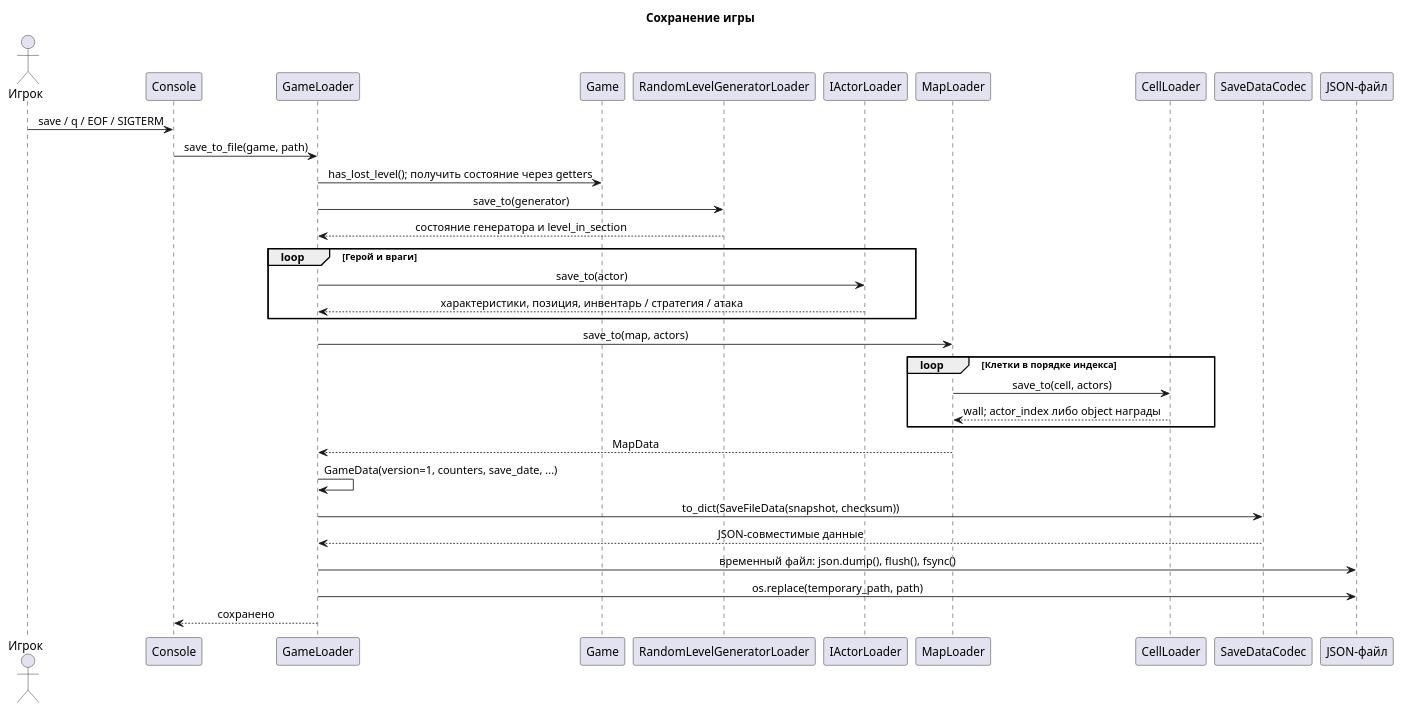
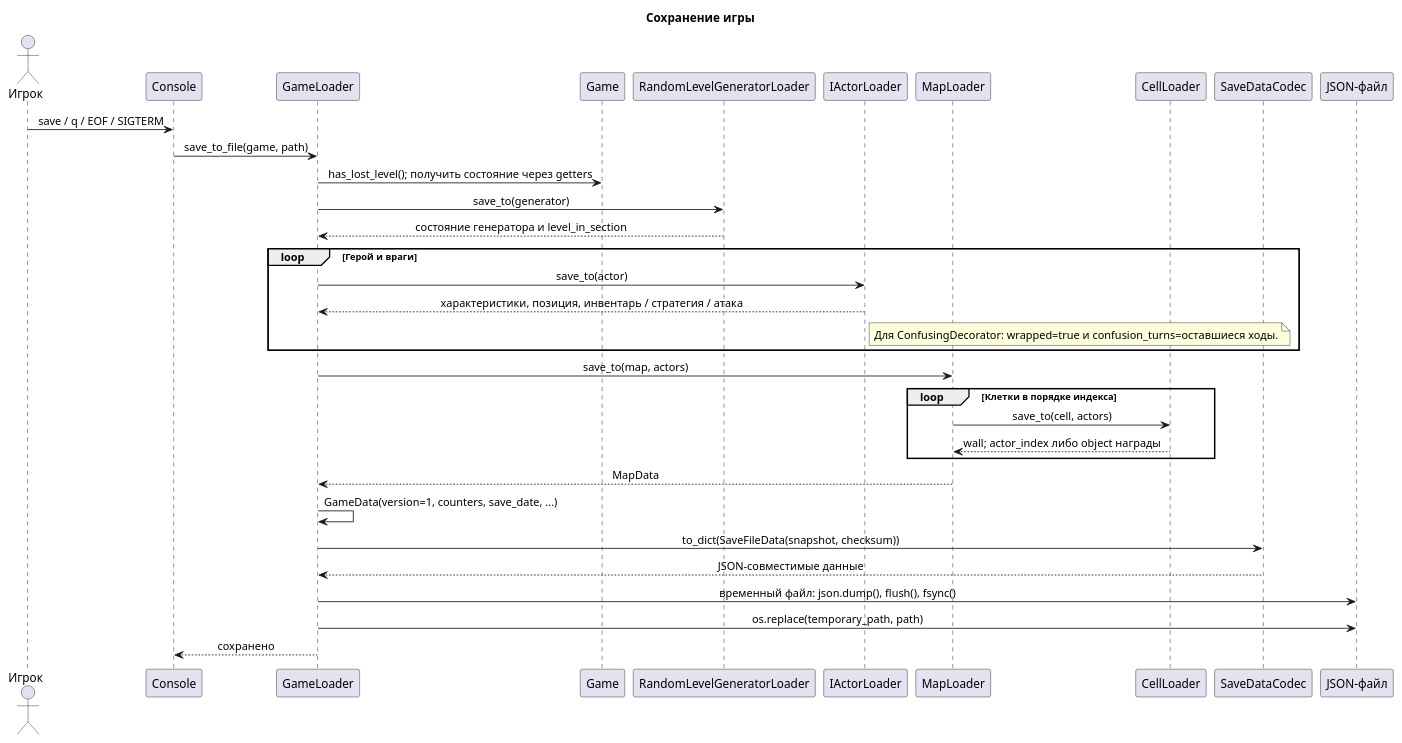
The diagram in docs/diagrams/sequence/sequence_saving.plantuml (ISArchitec/Roguelike), drawn with PlantUML before and after one commit. The commit also changed 8 other files, not shown here.

```diff
--- a/docs/diagrams/sequence/sequence_saving.plantuml
+++ b/docs/diagrams/sequence/sequence_saving.plantuml
@@ -1,40 +1,41 @@
 @startuml
 skinparam shadowing false
 skinparam sequenceParticipant roundCorner 0
 skinparam sequenceLifeLineBorderColor black
 skinparam sequenceLifeLineBackgroundColor white
 skinparam sequenceMessageAlign center
 title Сохранение игры
 
 actor Игрок as Player
 participant Console
 participant GameLoader
 participant Game
 participant RandomLevelGeneratorLoader as GeneratorLoader
 participant IActorLoader as ActorLoader
 participant MapLoader
 participant CellLoader
 participant SaveDataCodec as Codec
 participant "JSON-файл" as File
 Player -> Console: save / q / EOF / SIGTERM
 Console -> GameLoader: save_to_file(game, path)
 GameLoader -> Game: has_lost_level(); получить состояние через getters
 GameLoader -> GeneratorLoader: save_to(generator)
 GeneratorLoader --> GameLoader: состояние генератора и level_in_section
 loop Герой и враги
     GameLoader -> ActorLoader: save_to(actor)
     ActorLoader --> GameLoader: характеристики, позиция, инвентарь / стратегия / атака
+    note right of ActorLoader: Для ConfusingDecorator: wrapped=true и confusion_turns=оставшиеся ходы.
 end
 GameLoader -> MapLoader: save_to(map, actors)
 loop Клетки в порядке индекса
     MapLoader -> CellLoader: save_to(cell, actors)
     CellLoader --> MapLoader: wall; actor_index либо object награды
 end
 MapLoader --> GameLoader: MapData
 GameLoader -> GameLoader: GameData(version=1, counters, save_date, ...)
 GameLoader -> Codec: to_dict(SaveFileData(snapshot, checksum))
 Codec --> GameLoader: JSON-совместимые данные
 GameLoader -> File: временный файл: json.dump(), flush(), fsync()
 GameLoader -> File: os.replace(temporary_path, path)
 GameLoader --> Console: сохранено
 @enduml
```
